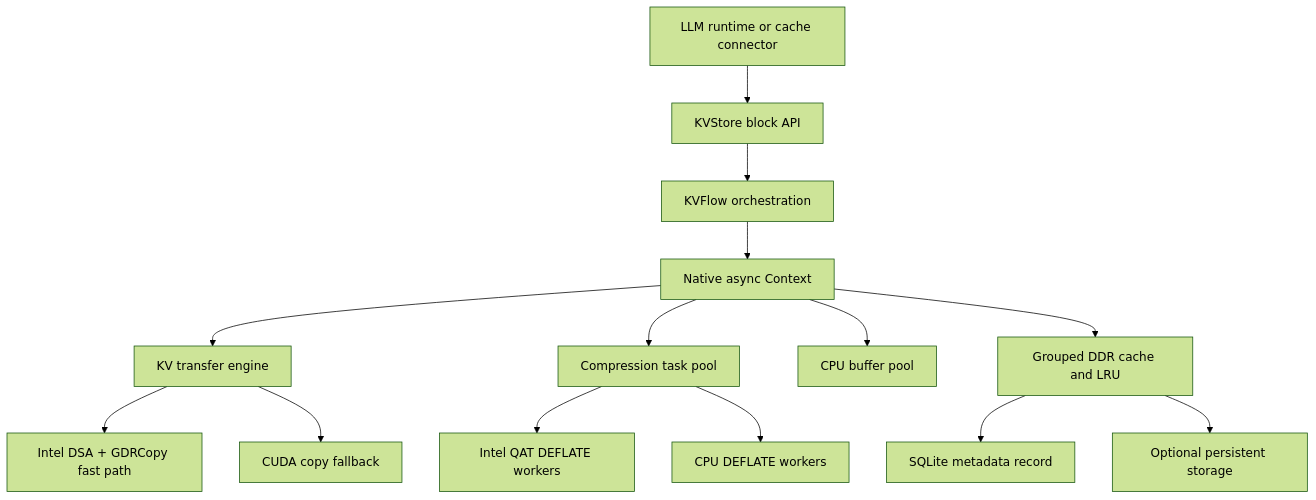
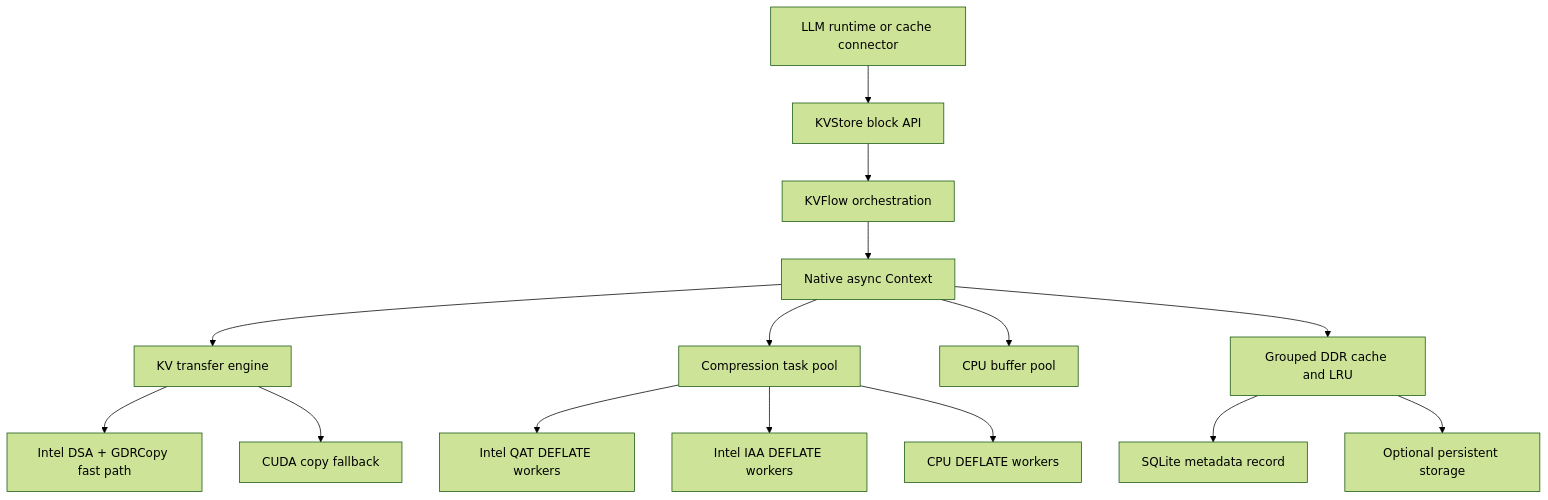
Before and after one commit to byang-intel/intel-accel-for-llm: the first of 2 diagrams in doc/design/iaxl.md, drawn with Mermaid (forest theme). The commit also changed other lines of this file and 2 other files, not shown here.

First line of the commit message:
doc: add remote pool design and cover Intel IAA

````diff
--- a/doc/design/iaxl.md
+++ b/doc/design/iaxl.md
@@ -19,19 +19,20 @@
 ```mermaid
 flowchart TD
     Runtime["LLM runtime or cache connector"] --> API["KVStore block API"]
     API --> Flow["KVFlow orchestration"]
     Flow --> Context["Native async Context"]
 
     Context --> Xfer["KV transfer engine"]
     Xfer --> DSA["Intel DSA + GDRCopy fast path"]
     Xfer --> Fallback["CUDA copy fallback"]
 
     Context --> Zip["Compression task pool"]
     Zip --> QAT["Intel QAT DEFLATE workers"]
+    Zip --> IAA["Intel IAA DEFLATE workers"]
     Zip --> CPU["CPU DEFLATE workers"]
 
     Context --> Pool["CPU buffer pool"]
     Context --> Cache["Grouped DDR cache and LRU"]
     Cache --> Record["SQLite metadata record"]
     Cache --> Storage["Optional persistent storage"]
 ```
````
